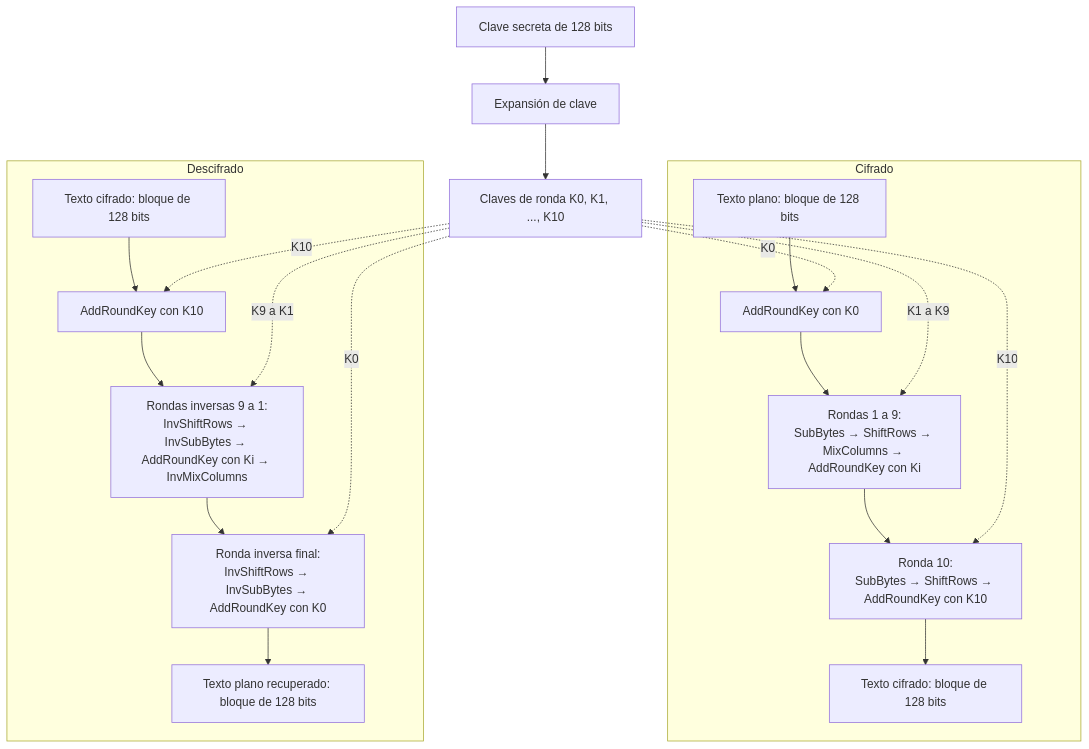
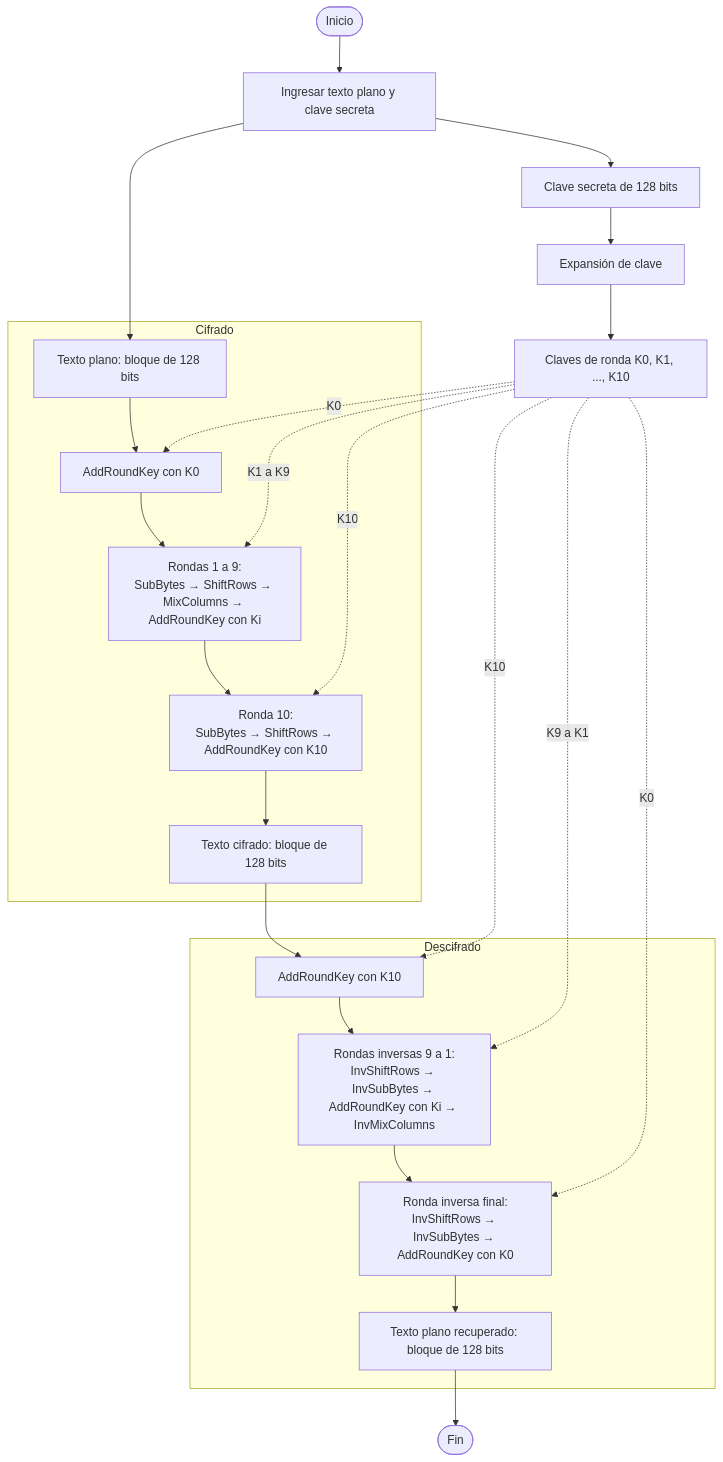
Before and after one commit to SebastianUVG/Lab_3_Paralela: the diagram in reporte.md, drawn with Mermaid. The commit also changed other lines of this file, not shown here.

Commit message:
diagrama fix

````diff
--- a/reporte.md
+++ b/reporte.md
@@ -87,26 +93,31 @@
 ```mermaid
 flowchart TB
-    K[Clave secreta de 128 bits] --> E[Expansión de clave]
+    I([Inicio]) --> EN[Ingresar texto plano y clave secreta]
+    EN --> P[Texto plano: bloque de 128 bits]
+    EN --> K[Clave secreta de 128 bits]
+    K --> E[Expansión de clave]
     E --> RK[Claves de ronda K0, K1, ..., K10]
 
     subgraph C[Cifrado]
-        P[Texto plano: bloque de 128 bits] --> C0[AddRoundKey con K0]
+        P --> C0[AddRoundKey con K0]
         C0 --> C19["Rondas 1 a 9:<br/>SubBytes → ShiftRows → MixColumns → AddRoundKey con Ki"]
         C19 --> C10["Ronda 10:<br/>SubBytes → ShiftRows → AddRoundKey con K10"]
         C10 --> CT[Texto cifrado: bloque de 128 bits]
     end
 
     subgraph D[Descifrado]
-        DI[Texto cifrado: bloque de 128 bits] --> D0[AddRoundKey con K10]
+        CT --> D0[AddRoundKey con K10]
         D0 --> D91["Rondas inversas 9 a 1:<br/>InvShiftRows → InvSubBytes → AddRoundKey con Ki → InvMixColumns"]
         D91 --> D10["Ronda inversa final:<br/>InvShiftRows → InvSubBytes → AddRoundKey con K0"]
         D10 --> DP[Texto plano recuperado: bloque de 128 bits]
     end
+
+    DP --> F([Fin])
 
     RK -. K0 .-> C0
     RK -. K1 a K9 .-> C19
     RK -. K10 .-> C10
     RK -. K10 .-> D0
     RK -. K9 a K1 .-> D91
     RK -. K0 .-> D10
 ```
````
